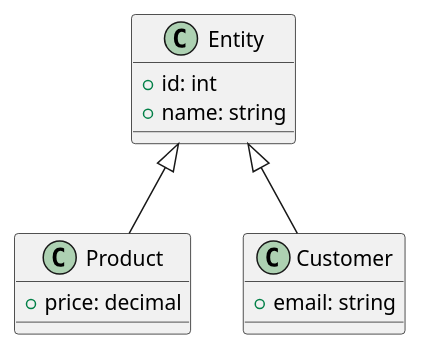
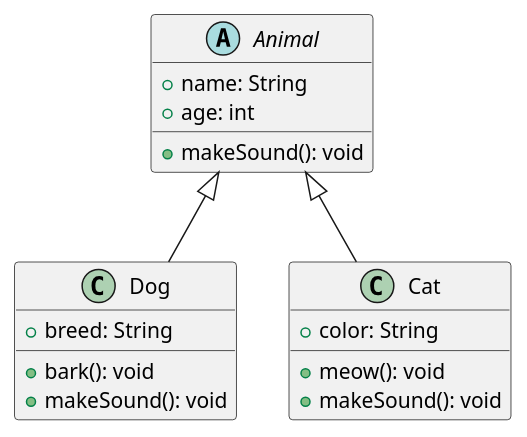
Before and after one commit to hunyadi/md2conf: the first of 4 diagrams in tests/source/plantuml.md, drawn with PlantUML. The commit also changed other lines of this file and 17 other files, not shown here.

````diff
--- a/tests/source/plantuml.md
+++ b/tests/source/plantuml.md
@@ -17,19 +15,24 @@
 ```plantuml
 @startuml
-class Entity {
-  +id: int
-  +name: string
+abstract class Animal {
+  +name: String
+  +age: int
+  +makeSound(): void
 }
 
-class Product {
-  +price: decimal
+class Dog {
+  +breed: String
+  +bark(): void
+  +makeSound(): void
 }
 
-class Customer {
-  +email: string
+class Cat {
+  +color: String
+  +meow(): void
+  +makeSound(): void
 }
 
-Entity <|-- Product
-Entity <|-- Customer
+Animal <|-- Dog
+Animal <|-- Cat
 @enduml
 ```
````
